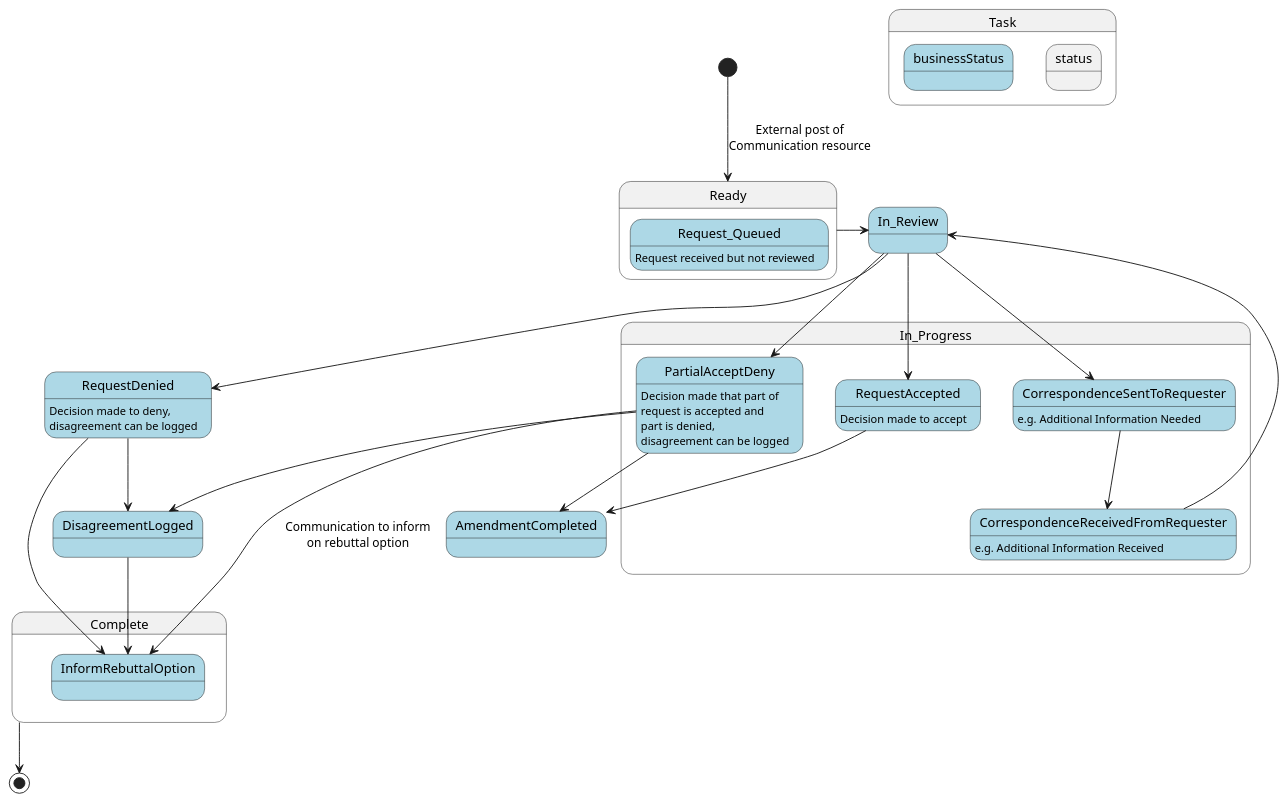
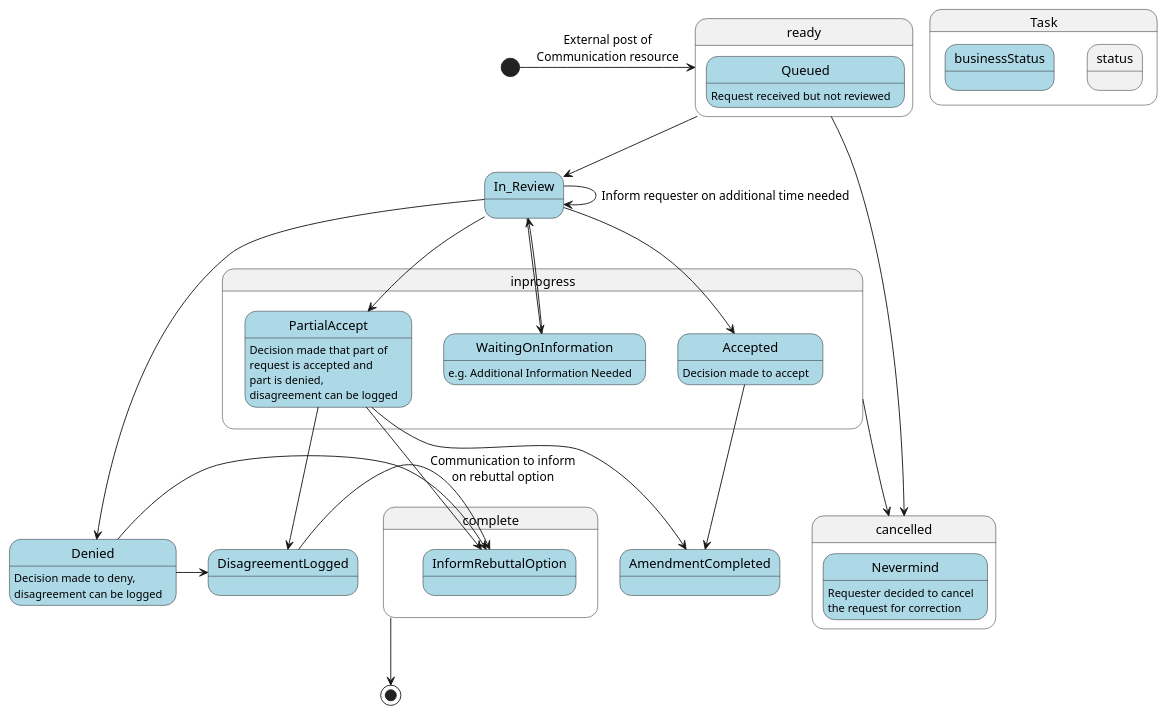
Before and after one commit to HL7/fhir-patient-correction: the diagram in input/images-source/state-diagram.plantuml, drawn with PlantUML. The commit also changed 8 other files, not shown here.

```diff
--- a/input/images-source/state-diagram.plantuml
+++ b/input/images-source/state-diagram.plantuml
@@ -1,57 +1,62 @@
 @startuml
-[*] --> Ready: External post of\nCommunication resource
-state Ready {
-  state Request_Queued #lightblue {
+[*] -> ready: External post of\nCommunication resource
+state ready {
+  state Queued #lightblue {
   }
 }
-Ready -> In_Review
-Request_Queued : Request received but not reviewed
+ready --> In_Review
+Queued : Request received but not reviewed
 
-state In_Progress {
+state inprogress {
   state In_Review #lightblue{
   }
-  state CorrespondenceSentToRequester #lightblue{
+  state WaitingOnInformation #lightblue{
   }
-  state CorrespondenceReceivedFromRequester #lightblue{
+  state Accepted #lightblue{
   }
-  state RequestAccepted #lightblue{
-  }
-  state PartialAcceptDeny #lightblue{
+  state PartialAccept #lightblue{
   }
 }
-In_Review --> CorrespondenceSentToRequester
-CorrespondenceReceivedFromRequester --> In_Review
-In_Review --> RequestAccepted
-In_Review --> PartialAcceptDeny
-CorrespondenceSentToRequester --> CorrespondenceReceivedFromRequester
-In_Review --> RequestDenied
-PartialAcceptDeny --> AmendmentCompleted
-PartialAcceptDeny --> DisagreementLogged
-RequestAccepted --> AmendmentCompleted
-RequestDenied --> DisagreementLogged
-CorrespondenceSentToRequester : e.g. Additional Information Needed
-RequestAccepted : Decision made to accept
-PartialAcceptDeny : Decision made that part of\nrequest is accepted and\npart is denied,\ndisagreement can be logged
-RequestDenied : Decision made to deny,\ndisagreement can be logged
-CorrespondenceReceivedFromRequester : e.g. Additional Information Received
+In_Review --> WaitingOnInformation
+In_Review --> Accepted
+In_Review --> PartialAccept
+In_Review --> In_Review: Inform requester on additional time needed
+WaitingOnInformation --> In_Review
+In_Review --> Denied
+PartialAccept --> AmendmentCompleted
+PartialAccept --> DisagreementLogged
+Accepted --> AmendmentCompleted
+Denied -> DisagreementLogged
+WaitingOnInformation : e.g. Additional Information Needed
+Accepted : Decision made to accept
+PartialAccept : Decision made that part of\nrequest is accepted and\npart is denied,\ndisagreement can be logged
+Denied : Decision made to deny,\ndisagreement can be logged
 
-state Complete {
+state cancelled {
+  state Nevermind #lightblue {
+  }
+}
+ready --> cancelled
+inprogress --> cancelled
+Nevermind : Requester decided to cancel\nthe request for correction
+
+state complete {
  state AmendmentCompleted #lightblue{
  }
  state DisagreementLogged #lightblue{
  }
- state RequestDenied #lightblue{
+ state Denied #lightblue{
  }
  state InformRebuttalOption #lightblue{
  }
 }
-DisagreementLogged --> InformRebuttalOption
-RequestDenied --> InformRebuttalOption
-PartialAcceptDeny --> InformRebuttalOption: Communication to inform\non rebuttal option
-Complete --> [*]
+DisagreementLogged -> InformRebuttalOption
+Denied -> InformRebuttalOption
+PartialAccept -> InformRebuttalOption: Communication to inform\non rebuttal option
+complete --> [*]
 
 state Task.status{
 }
 state Task.businessStatus #lightblue {
 }
 @enduml
```
